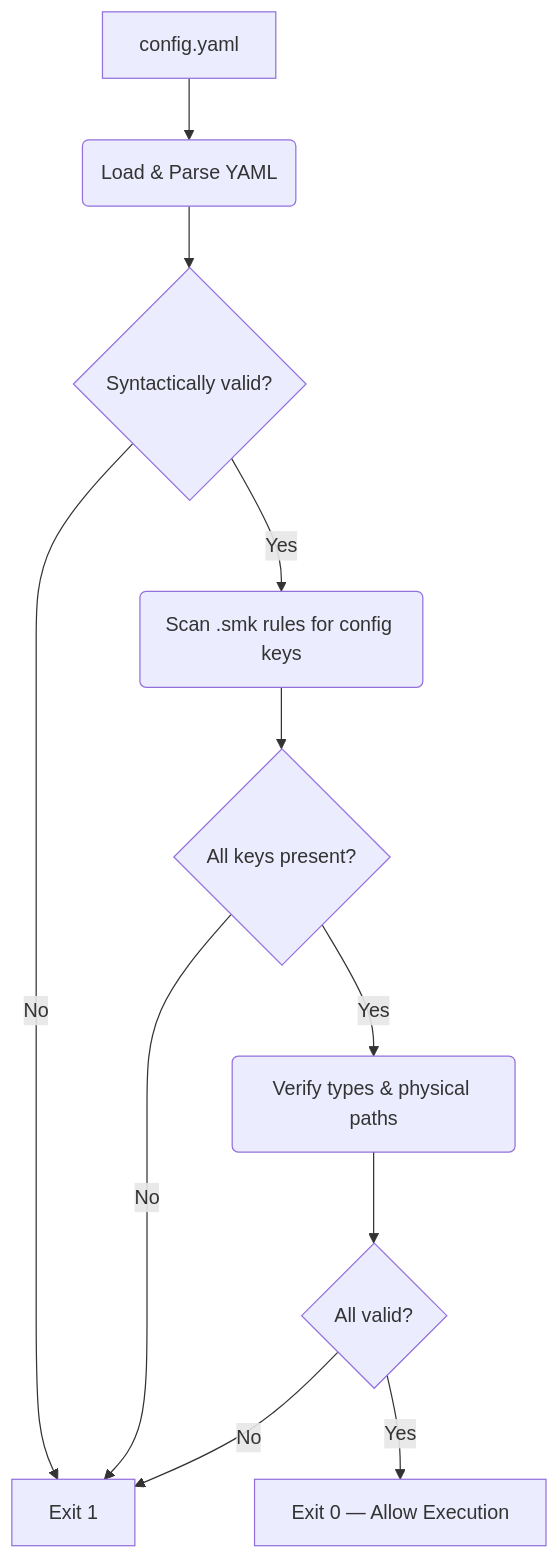
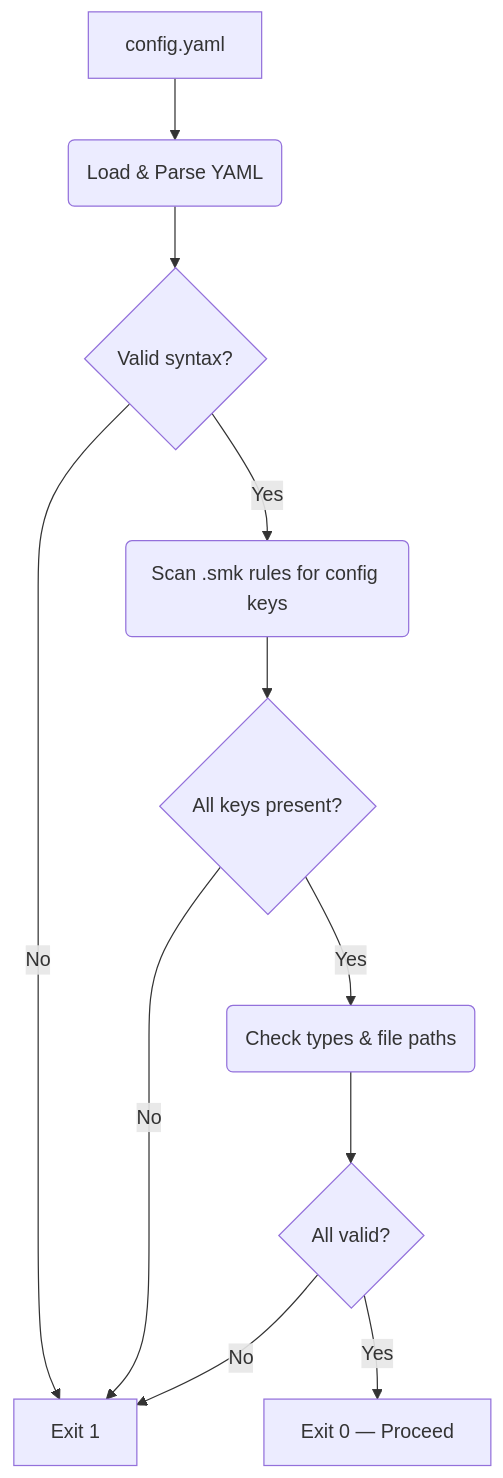
Before and after one commit to BDB-Genomics/bdb-rnaseq: the second of 8 diagrams in rules/scripts/README.md, drawn with Mermaid. The commit also changed other lines of this file and 7 other files, not shown here.

````diff
--- a/rules/scripts/README.md
+++ b/rules/scripts/README.md
@@ -66,13 +73,13 @@
 ```mermaid
 graph TD
     A[config.yaml] --> B(Load & Parse YAML)
-    B --> C{Syntactically valid?}
+    B --> C{Valid syntax?}
     C -- No --> D[Exit 1]
     C -- Yes --> E(Scan .smk rules for config keys)
     E --> F{All keys present?}
     F -- No --> D
-    F -- Yes --> G(Verify types & physical paths)
+    F -- Yes --> G(Check types & file paths)
     G --> H{All valid?}
     H -- No --> D
-    H -- Yes --> I[Exit 0 — Allow Execution]
+    H -- Yes --> I[Exit 0 — Proceed]
 ```
````
